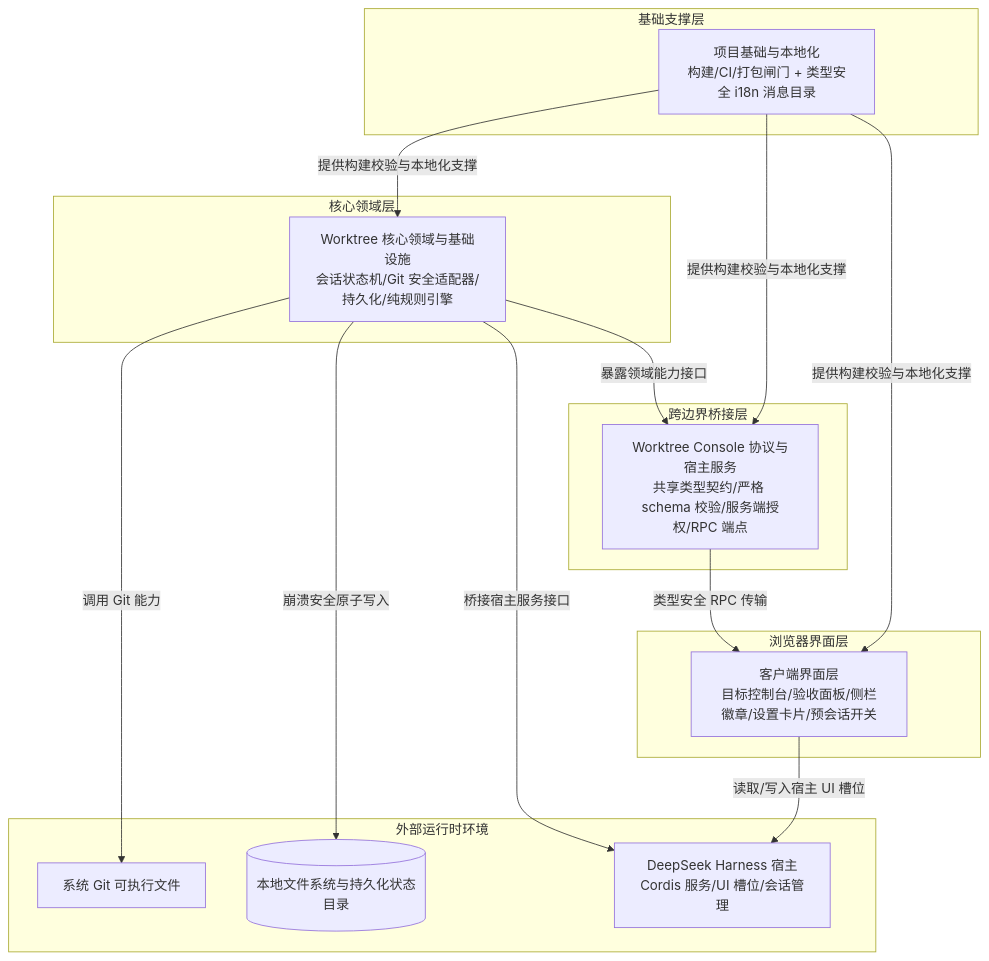
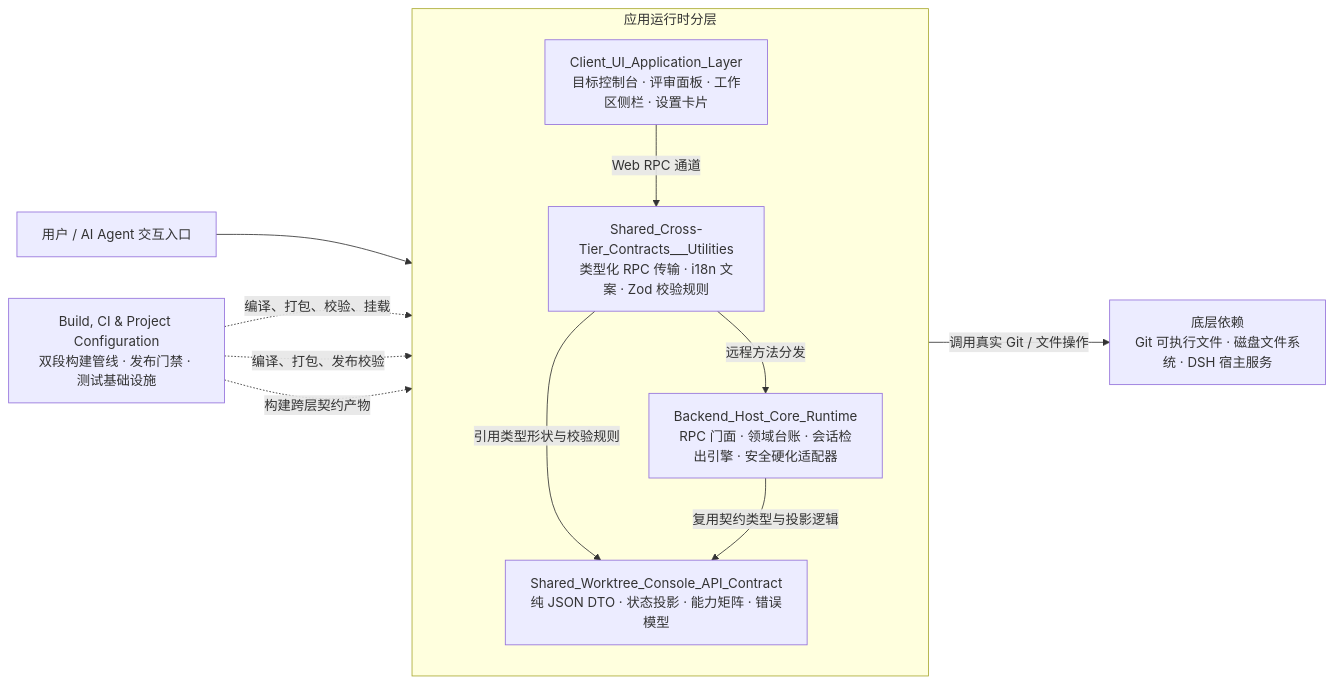
Before and after one commit to ikliml666/dsh-git-workspace: the diagram in .codewiki/_native-state/docs/overview.md, drawn with Mermaid. The commit also changed other lines of this file and 192 other files, not shown here.

````diff
--- a/.codewiki/_native-state/docs/overview.md
+++ b/.codewiki/_native-state/docs/overview.md
@@ -11,36 +13,25 @@
 ```mermaid
-flowchart TB
-    subgraph BASE["基础支撑层"]
-        PFL["项目基础与本地化<br/>构建/CI/打包闸门 + 类型安全 i18n 消息目录"]
+flowchart LR
+    USER["用户 / AI Agent 交互入口"]
+    BUILD["Build, CI & Project Configuration<br/>双段构建管线 · 发布门禁 · 测试基础设施"]
+    
+    subgraph RUNTIME["应用运行时分层"]
+        direction TB
+        CLIENT["Client_UI_Application_Layer<br/>目标控制台 · 评审面板 · 工作区侧栏 · 设置卡片"]
+        SHARED["Shared_Cross-Tier_Contracts___Utilities<br/>类型化 RPC 传输 · i18n 文案 · Zod 校验规则"]
+        API["Shared_Worktree_Console_API_Contract<br/>纯 JSON DTO · 状态投影 · 能力矩阵 · 错误模型"]
+        BACKEND["Backend_Host_Core_Runtime<br/>RPC 门面 · 领域台账 · 会话检出引擎 · 安全硬化适配器"]
     end
 
-    subgraph CORE["核心领域层"]
-        COREMOD["Worktree 核心领域与基础设施<br/>会话状态机/Git 安全适配器/持久化/纯规则引擎"]
-    end
+    INFRA["底层依赖<br/>Git 可执行文件 · 磁盘文件系统 · DSH 宿主服务"]
 
-    subgraph BRIDGE["跨边界桥接层"]
-        CONSOLEMOD["Worktree Console 协议与宿主服务<br/>共享类型契约/严格 schema 校验/服务端授权/RPC 端点"]
-    end
-
-    subgraph UI["浏览器界面层"]
-        CLIENTMOD["客户端界面层<br/>目标控制台/验收面板/侧栏徽章/设置卡片/预会话开关"]
-    end
-
-    subgraph EXTERNAL["外部运行时环境"]
-        DSH["DeepSeek Harness 宿主<br/>Cordis 服务/UI 槽位/会话管理"]
-        GIT["系统 Git 可执行文件"]
-        DISK[("本地文件系统与持久化状态目录")]
-    end
-
-    PFL -->|"提供构建校验与本地化支撑"| COREMOD
-    PFL -->|"提供构建校验与本地化支撑"| CONSOLEMOD
-    PFL -->|"提供构建校验与本地化支撑"| CLIENTMOD
-
-    COREMOD -->|"调用 Git 能力"| GIT
-    COREMOD -->|"崩溃安全原子写入"| DISK
-    COREMOD -->|"桥接宿主服务接口"| DSH
-    COREMOD -->|"暴露领域能力接口"| CONSOLEMOD
-
-    CONSOLEMOD -->|"类型安全 RPC 传输"| CLIENTMOD
-    CLIENTMOD -->|"读取/写入宿主 UI 槽位"| DSH
+    USER --> CLIENT
+    CLIENT -->|"Web RPC 通道"| SHARED
+    SHARED -->|"引用类型形状与校验规则"| API
+    SHARED -->|"远程方法分发"| BACKEND
+    BACKEND -->|"复用契约类型与投影逻辑"| API
+    BACKEND -->|"调用真实 Git / 文件操作"| INFRA
+    BUILD -.->|"编译、打包、校验、挂载"| CLIENT
+    BUILD -.->|"编译、打包、发布校验"| BACKEND
+    BUILD -.->|"构建跨层契约产物"| API
 ```
````
